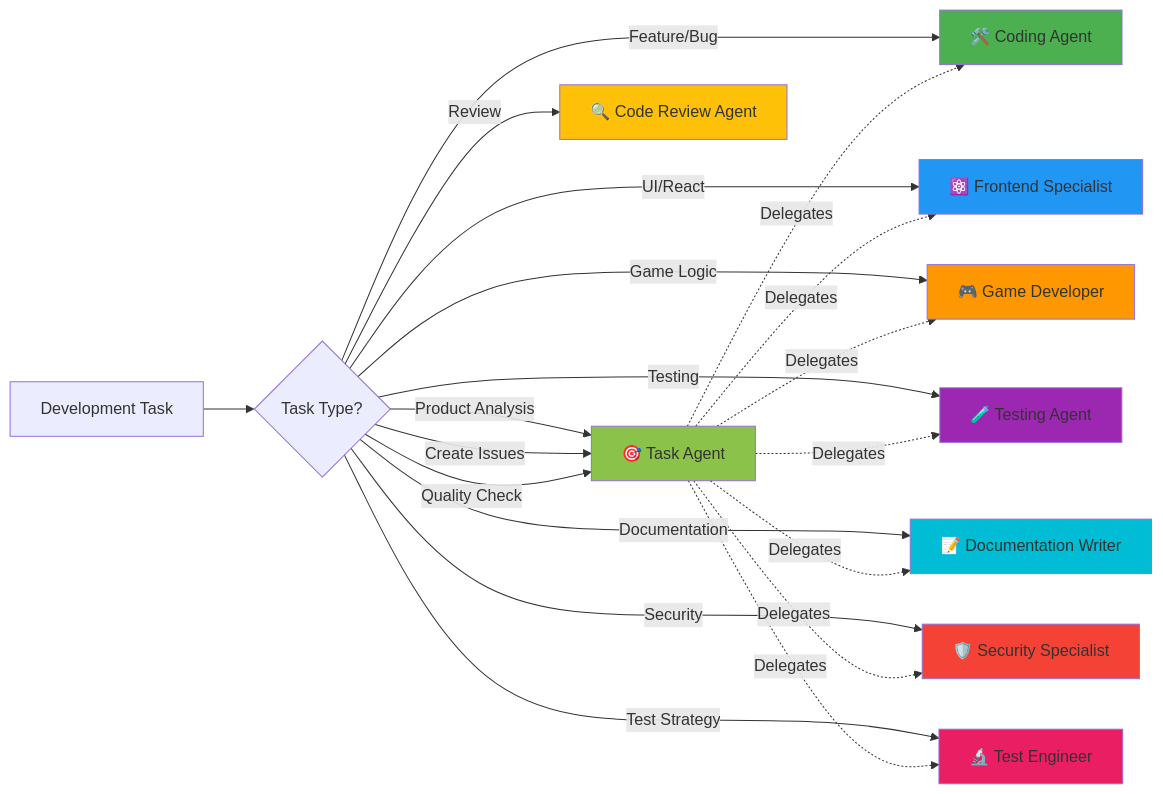
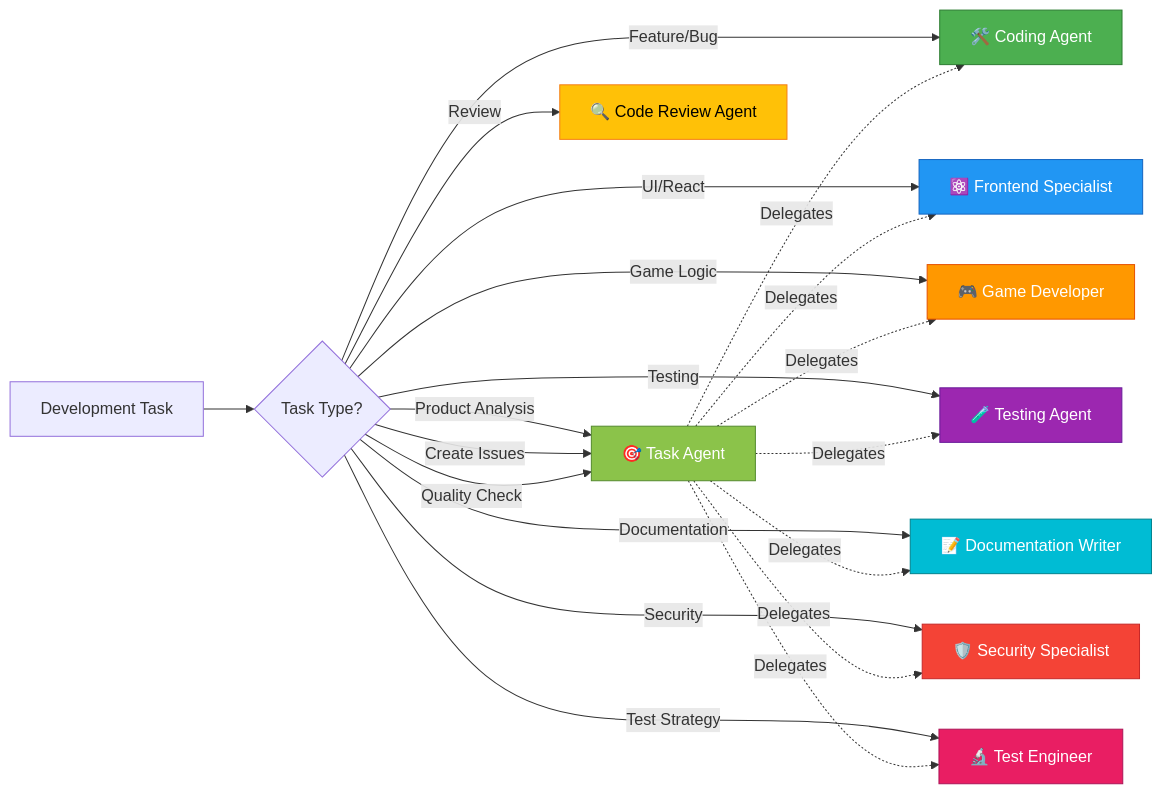
Before and after one commit to Hack23/blacktrigram: the second of 4 diagrams in .github/agents/README.md, drawn with Mermaid. The commit also changed other lines of this file, not shown here.

Commit message:
Update README with Environment & Configuration section and improved mermaid diagrams

````diff
--- a/.github/agents/README.md
+++ b/.github/agents/README.md
@@ -11,33 +92,33 @@
 ```mermaid
 graph LR
     A[Development Task] --> B{Task Type?}
     B -->|Product Analysis| K[🎯 Task Agent]
     B -->|Create Issues| K
     B -->|Quality Check| K
     B -->|Feature/Bug| C[🛠️ Coding Agent]
     B -->|UI/React| D[⚛️ Frontend Specialist]
     B -->|Game Logic| E[🎮 Game Developer]
     B -->|Testing| F[🧪 Testing Agent]
     B -->|Documentation| G[📝 Documentation Writer]
     B -->|Security| H[🛡️ Security Specialist]
     B -->|Review| I[🔍 Code Review Agent]
     B -->|Test Strategy| J[🔬 Test Engineer]
     
     K -.Delegates.-> C
     K -.Delegates.-> D
     K -.Delegates.-> E
     K -.Delegates.-> F
     K -.Delegates.-> G
     K -.Delegates.-> H
     K -.Delegates.-> J
     
-    style K fill:#8BC34A
-    style C fill:#4CAF50
-    style D fill:#2196F3
-    style E fill:#FF9800
-    style F fill:#9C27B0
-    style G fill:#00BCD4
-    style H fill:#F44336
-    style I fill:#FFC107
-    style J fill:#E91E63
+    style K fill:#8BC34A,stroke:#558B2F,color:#fff
+    style C fill:#4CAF50,stroke:#2E7D32,color:#fff
+    style D fill:#2196F3,stroke:#1565C0,color:#fff
+    style E fill:#FF9800,stroke:#E65100,color:#fff
+    style F fill:#9C27B0,stroke:#6A1B9A,color:#fff
+    style G fill:#00BCD4,stroke:#00838F,color:#fff
+    style H fill:#F44336,stroke:#C62828,color:#fff
+    style I fill:#FFC107,stroke:#F57F17,color:#000
+    style J fill:#E91E63,stroke:#AD1457,color:#fff
 ```
````
